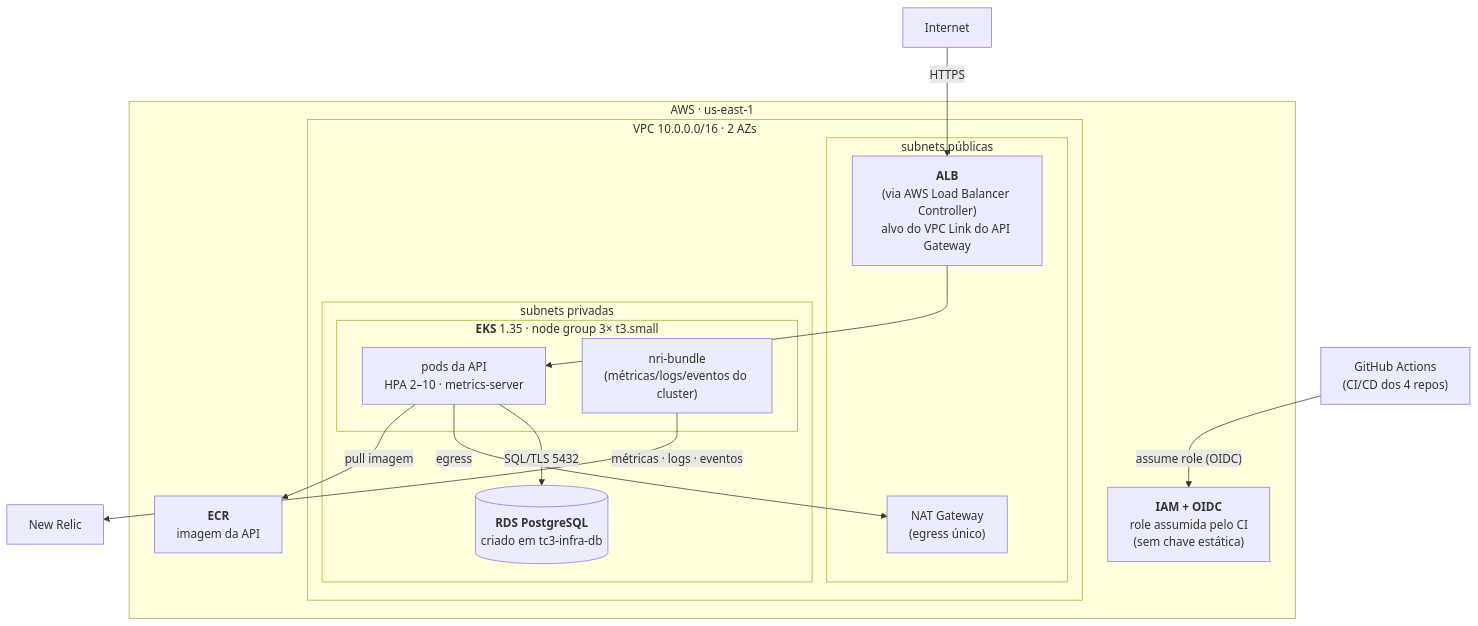
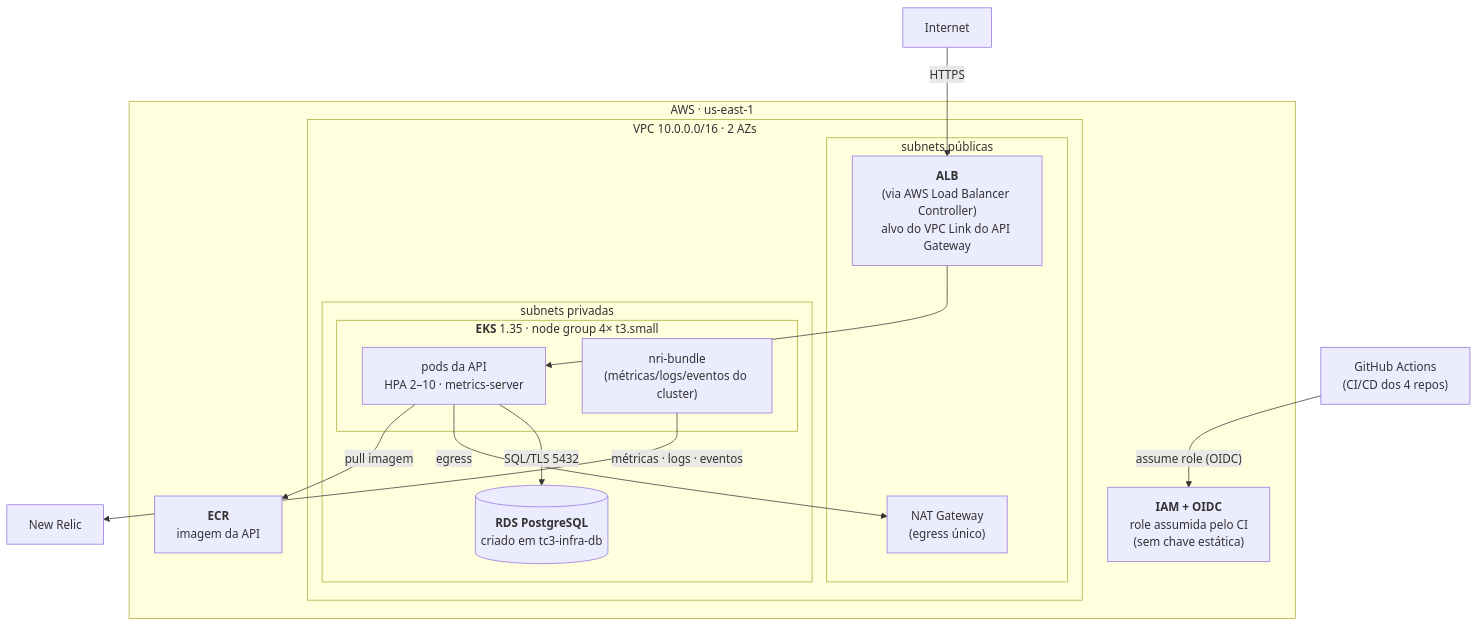
Before and after one commit to tiagostorch/tc3-infra-k8s: the diagram in README.md, drawn with Mermaid. The commit also changed other lines of this file and 3 other files, not shown here.

````diff
--- a/README.md
+++ b/README.md
@@ -114,33 +134,33 @@
 ```mermaid
 graph TB
     Internet["Internet"]
     GH["GitHub Actions<br/>(CI/CD dos 4 repos)"]
     NR["New Relic"]
 
     subgraph AWS["AWS · us-east-1"]
         ECR["<b>ECR</b><br/>imagem da API"]
         OIDC["<b>IAM + OIDC</b><br/>role assumida pelo CI<br/>(sem chave estática)"]
 
         subgraph VPC["VPC 10.0.0.0/16 · 2 AZs"]
             subgraph Pub["subnets públicas"]
                 ALB["<b>ALB</b><br/>(via AWS Load Balancer Controller)<br/>alvo do VPC Link do API Gateway"]
                 NAT["NAT Gateway<br/>(egress único)"]
             end
             subgraph Priv["subnets privadas"]
-                subgraph EKS["<b>EKS</b> 1.35 · node group 3× t3.small"]
+                subgraph EKS["<b>EKS</b> 1.35 · node group 4× t3.small"]
                     Pods["pods da API<br/>HPA 2–10 · metrics-server"]
                     NRB["nri-bundle<br/>(métricas/logs/eventos do cluster)"]
                 end
                 RDS[("<b>RDS PostgreSQL</b><br/>criado em tc3-infra-db")]
             end
         end
     end
 
     Internet -->|"HTTPS"| ALB
     ALB --> Pods
     Pods -->|"SQL/TLS 5432"| RDS
     Pods -->|"egress"| NAT
     Pods -->|"pull imagem"| ECR
     GH -->|"assume role (OIDC)"| OIDC
     NRB -->|"métricas · logs · eventos"| NR
 ```
````
